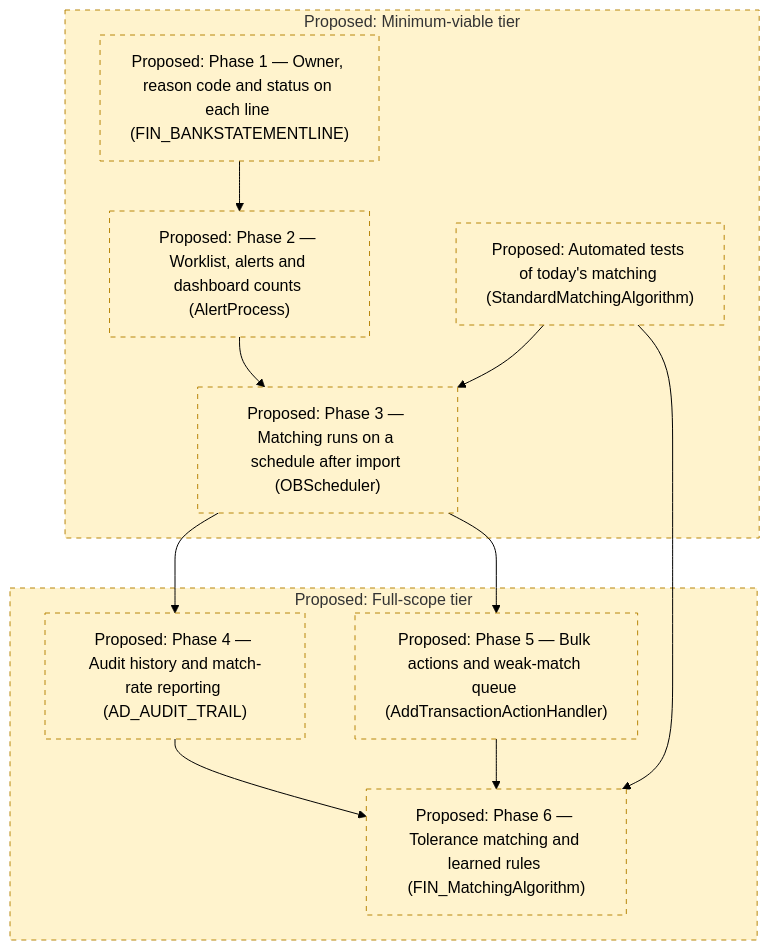
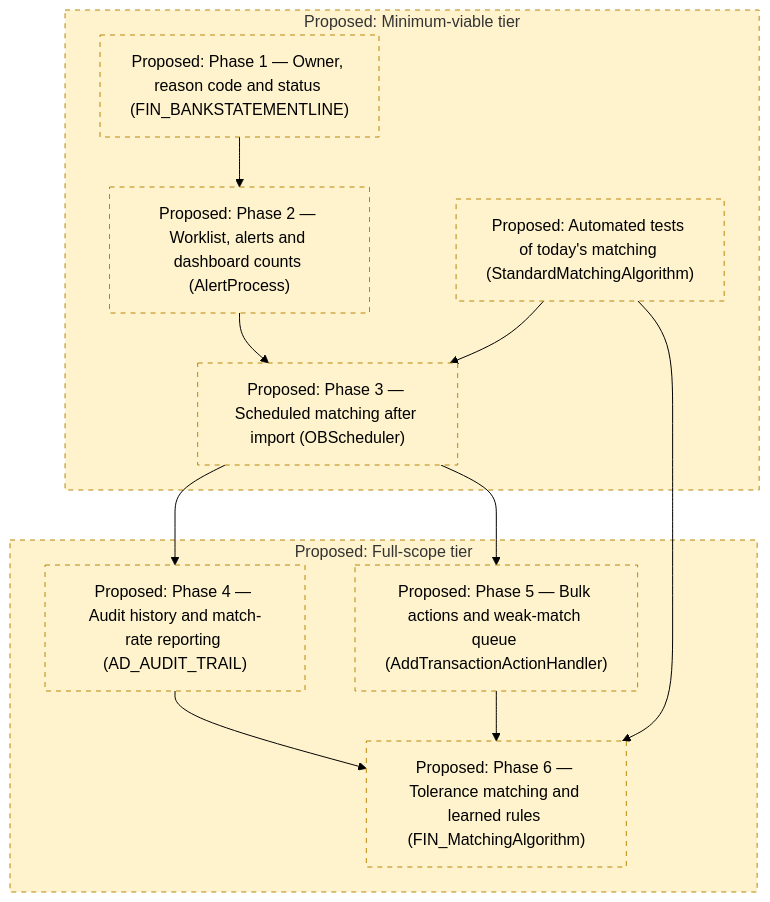
The fifth of 5 diagrams in docs/analysis/analysis-2-extension-points-and-risks.md (blitzy-public-samples/openbravo-erp), drawn with Mermaid (forest theme) before and after one commit. The commit also changed other lines of this file and 1 other file, not shown here.

````diff
--- a/docs/analysis/analysis-2-extension-points-and-risks.md
+++ b/docs/analysis/analysis-2-extension-points-and-risks.md
@@ -460,25 +409,25 @@
 ```mermaid
 flowchart TB
   subgraph MVT["Proposed: Minimum-viable tier"]
-    P1["Proposed: Phase 1 — Owner, reason code and status on each line (FIN_BANKSTATEMENTLINE)"]
+    P1["Proposed: Phase 1 — Owner, reason code and status (FIN_BANKSTATEMENTLINE)"]
     P2["Proposed: Phase 2 — Worklist, alerts and dashboard counts (AlertProcess)"]
     T["Proposed: Automated tests of today's matching (StandardMatchingAlgorithm)"]
-    P3["Proposed: Phase 3 — Matching runs on a schedule after import (OBScheduler)"]
+    P3["Proposed: Phase 3 — Scheduled matching after import (OBScheduler)"]
   end
   subgraph FST["Proposed: Full-scope tier"]
     P4["Proposed: Phase 4 — Audit history and match-rate reporting (AD_AUDIT_TRAIL)"]
     P5["Proposed: Phase 5 — Bulk actions and weak-match queue (AddTransactionActionHandler)"]
     P6["Proposed: Phase 6 — Tolerance matching and learned rules (FIN_MatchingAlgorithm)"]
   end
   P1 --> P2
   P2 --> P3
   T --> P3
   P3 --> P4
   P3 --> P5
   P4 --> P6
   P5 --> P6
   T --> P6
   classDef proposed stroke-dasharray: 5 5,fill:#fff3cd,stroke:#b8860b
   class P1,P2,T,P3,P4,P5,P6 proposed
   class MVT,FST proposed
 ```
````
